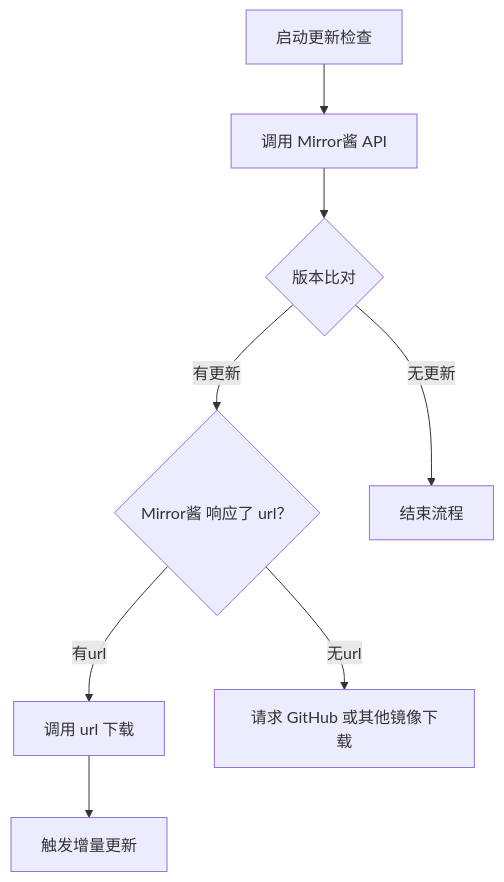
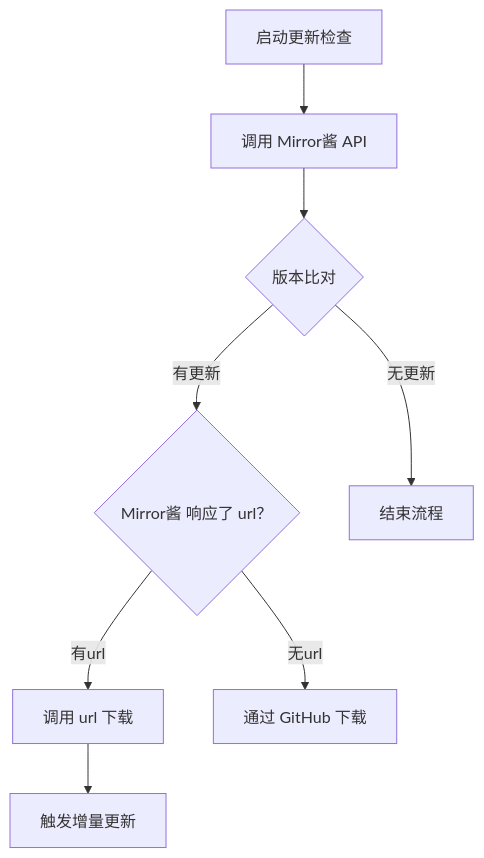
One commit to MirrorChyan/docs changed the diagram in README.md. Above: the diagram before and after it, drawn with Mermaid. The commit also changed other lines of this file, not shown here.

````diff
--- a/README.md
+++ b/README.md
@@ -67,10 +67,10 @@
 ```mermaid
 graph TD
     A[启动更新检查] --> B[调用 Mirror酱 API]
     B --> C{版本比对}
     C -->|有更新| D{Mirror酱 响应了 url？}
     C -->|无更新| Z[结束流程]
     D -->|有url| E[调用 url 下载]
-    D -->|无url| F[请求 GitHub 或其他镜像下载]
+    D -->|无url| F[通过 GitHub 下载]
     E --> I[触发增量更新]
 ```
````
